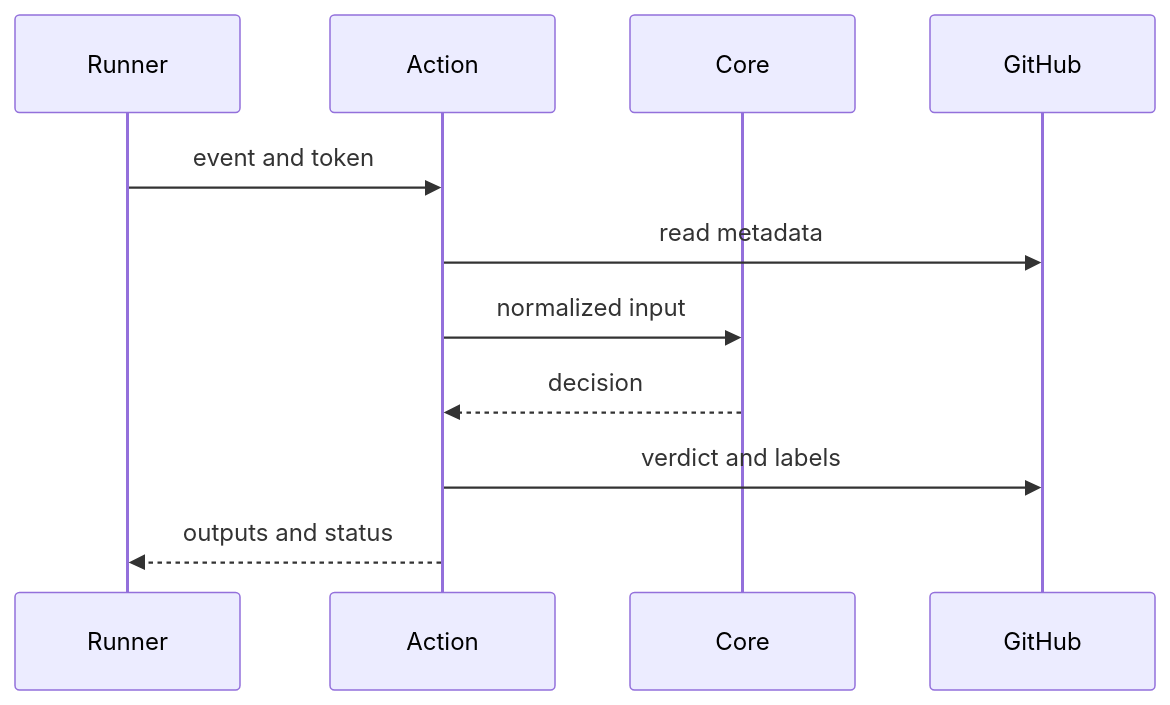
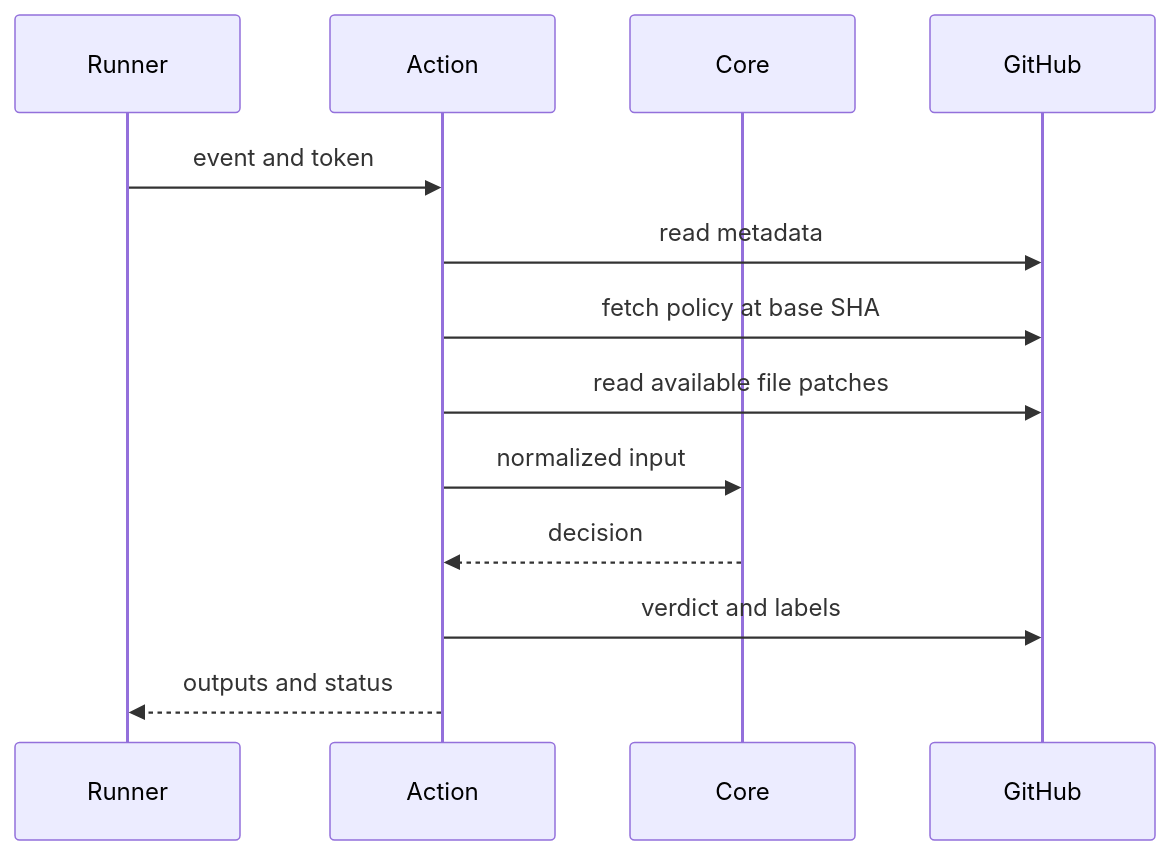
The second of 2 diagrams in packages/github-action/AGENTS.md (streamentry/AGENTOWNERS), drawn with Mermaid before and after one commit. The commit also changed other lines of this file and 28 other files, not shown here.

Commit message:
fix(security): harden untrusted policy and git inputs (#30)

````diff
--- a/packages/github-action/AGENTS.md
+++ b/packages/github-action/AGENTS.md
@@ -30,13 +35,15 @@
 ```mermaid
 sequenceDiagram
   participant Runner
   participant Action
   participant Core
   participant GitHub
   Runner->>Action: event and token
   Action->>GitHub: read metadata
+  Action->>GitHub: fetch policy at base SHA
+  Action->>GitHub: read available file patches
   Action->>Core: normalized input
   Core-->>Action: decision
   Action->>GitHub: verdict and labels
   Action-->>Runner: outputs and status
 ```
````
